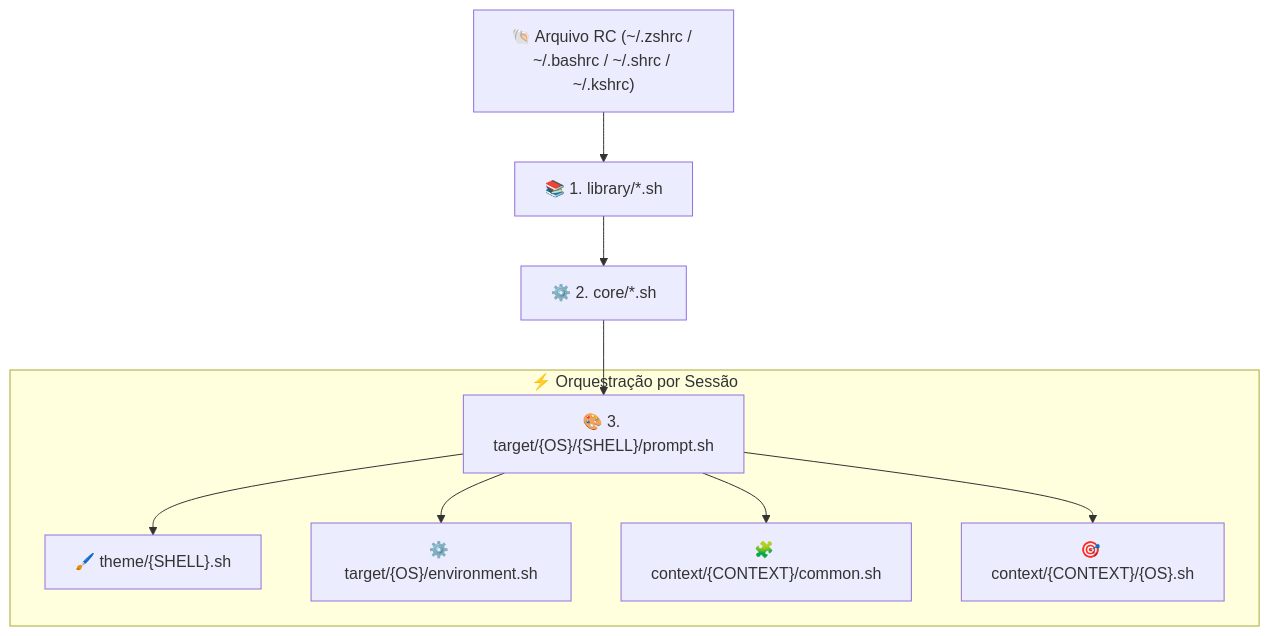
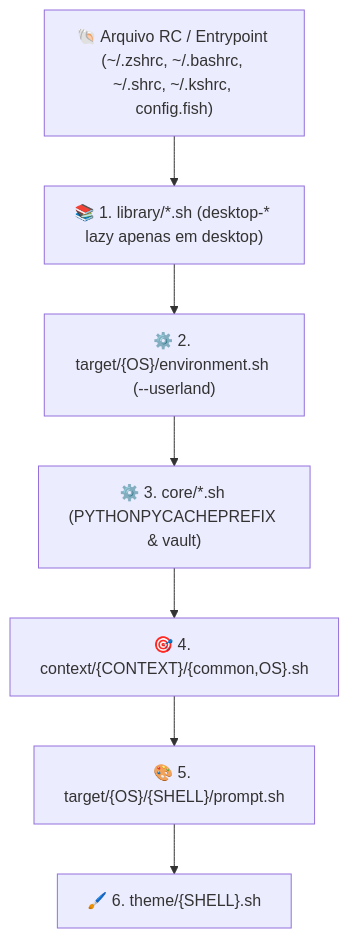
The second of 2 diagrams in README.md (GabrielFrigo4/shell), drawn with Mermaid before and after one commit. The commit also changed other lines of this file and 117 other files, not shown here.

````diff
--- a/README.md
+++ b/README.md
@@ -230,13 +241,9 @@
 ```mermaid
 flowchart TD
-    RC["🐚 Arquivo RC (~/.zshrc / ~/.bashrc / ~/.shrc / ~/.kshrc)"] --> LIB["📚 1. library/*.sh"]
-    LIB --> CORE["⚙️ 2. core/*.sh"]
-    CORE --> TGT["🎨 3. target/{OS}/{SHELL}/prompt.sh"]
-
-    subgraph PROMPT_FLOW ["⚡ Orquestração por Sessão"]
-        TGT --> THM["🖌️ theme/{SHELL}.sh"]
-        TGT --> ENV["⚙️ target/{OS}/environment.sh"]
-        TGT --> CTX_COM["🧩 context/{CONTEXT}/common.sh"]
-        TGT --> CTX_OS["🎯 context/{CONTEXT}/{OS}.sh"]
-    end
+    RC["🐚 Arquivo RC / Entrypoint (~/.zshrc, ~/.bashrc, ~/.shrc, ~/.kshrc, config.fish)"] --> LIB["📚 1. library/*.sh (desktop-* lazy apenas em desktop)"]
+    LIB --> TENV["⚙️ 2. target/{OS}/environment.sh (--userland)"]
+    TENV --> CORE["⚙️ 3. core/*.sh (PYTHONPYCACHEPREFIX & vault)"]
+    CORE --> CTX["🎯 4. context/{CONTEXT}/{common,OS}.sh"]
+    CTX --> TGT["🎨 5. target/{OS}/{SHELL}/prompt.sh"]
+    TGT --> THM["🖌️ 6. theme/{SHELL}.sh"]
 ```
````
